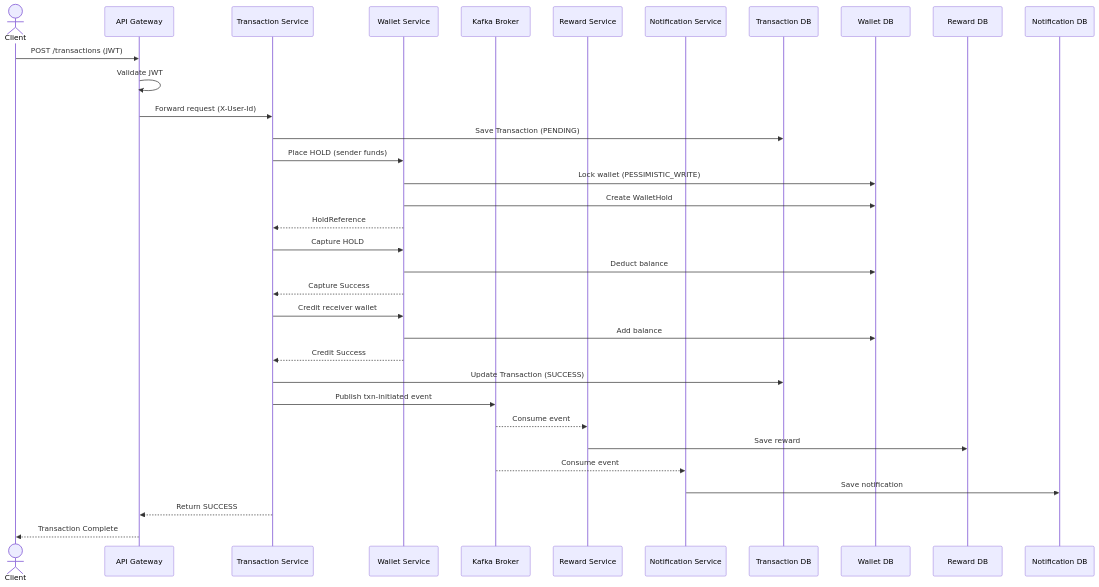
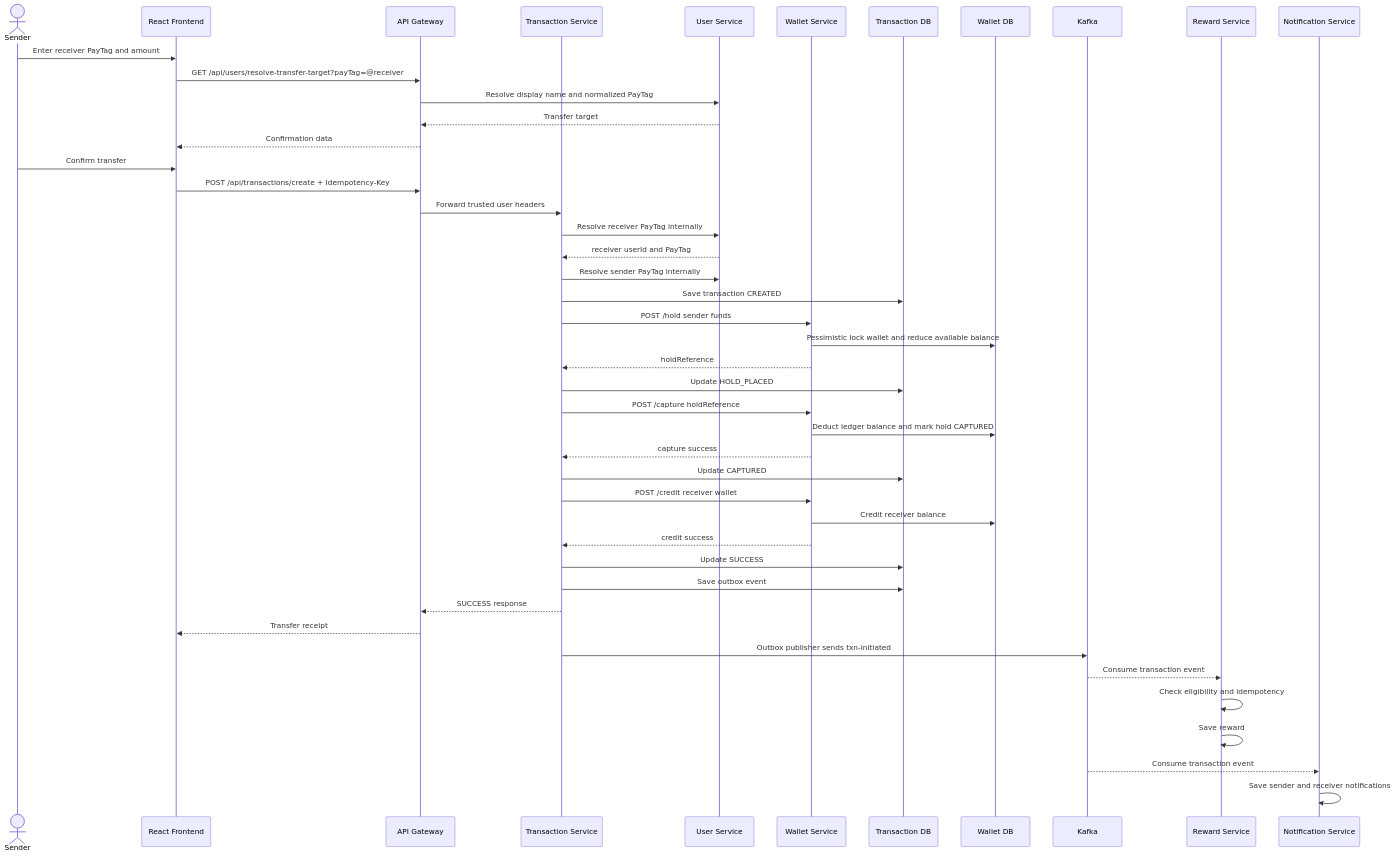
Before and after one commit to anirban-rudra/PayFlow: the third of 4 diagrams in Readme.md, drawn with Mermaid. The commit also changed other lines of this file and 8 other files, not shown here.

Commit message:
docs: add architecture and service documentation

````diff
--- a/Readme.md
+++ b/Readme.md
@@ -41,47 +119,53 @@
-``` mermaid
+```mermaid
 sequenceDiagram
+    actor Sender
+    participant UI as React Frontend
+    participant GW as API Gateway
+    participant TX as Transaction Service
+    participant US as User Service
+    participant WS as Wallet Service
+    participant TDB as Transaction DB
+    participant WDB as Wallet DB
+    participant Kafka
+    participant RS as Reward Service
+    participant NS as Notification Service
 
-actor Client
-participant Gateway as API Gateway
-participant Txn as Transaction Service
-participant Wallet as Wallet Service
-participant Kafka as Kafka Broker
-participant Reward as Reward Service
-participant Notify as Notification Service
-participant TxnDB as Transaction DB
-participant WalletDB as Wallet DB
-participant RewardDB as Reward DB
-participant NotifyDB as Notification DB
+    Sender->>UI: Enter receiver PayTag and amount
+    UI->>GW: GET /api/users/resolve-transfer-target?payTag=@receiver
+    GW->>US: Resolve display name and normalized PayTag
+    US-->>GW: Transfer target
+    GW-->>UI: Confirmation data
 
-Client->>Gateway: POST /transactions (JWT)
-Gateway->>Gateway: Validate JWT
-Gateway->>Txn: Forward request (X-User-Id)
+    Sender->>UI: Confirm transfer
+    UI->>GW: POST /api/transactions/create + Idempotency-Key
+    GW->>TX: Forward trusted user headers
+    TX->>US: Resolve receiver PayTag internally
+    US-->>TX: receiver userId and PayTag
+    TX->>US: Resolve sender PayTag internally
+    TX->>TDB: Save transaction CREATED
 
-Txn->>TxnDB: Save Transaction (PENDING)
+    TX->>WS: POST /hold sender funds
+    WS->>WDB: Pessimistic lock wallet and reduce available balance
+    WS-->>TX: holdReference
+    TX->>TDB: Update HOLD_PLACED
 
-Txn->>Wallet: Place HOLD (sender funds)
-Wallet->>WalletDB: Lock wallet (PESSIMISTIC_WRITE)
-Wallet->>WalletDB: Create WalletHold
-Wallet-->>Txn: HoldReference
+    TX->>WS: POST /capture holdReference
+    WS->>WDB: Deduct ledger balance and mark hold CAPTURED
+    WS-->>TX: capture success
+    TX->>TDB: Update CAPTURED
 
-Txn->>Wallet: Capture HOLD
-Wallet->>WalletDB: Deduct balance
-Wallet-->>Txn: Capture Success
+    TX->>WS: POST /credit receiver wallet
+    WS->>WDB: Credit receiver balance
+    WS-->>TX: credit success
+    TX->>TDB: Update SUCCESS
+    TX->>TDB: Save outbox event
+    TX-->>GW: SUCCESS response
+    GW-->>UI: Transfer receipt
 
-Txn->>Wallet: Credit receiver wallet
-Wallet->>WalletDB: Add balance
-Wallet-->>Txn: Credit Success
-
-Txn->>TxnDB: Update Transaction (SUCCESS)
-
-Txn->>Kafka: Publish txn-initiated event
-
-Kafka-->>Reward: Consume event
-Reward->>RewardDB: Save reward
-
-Kafka-->>Notify: Consume event
-Notify->>NotifyDB: Save notification
-
-Txn-->>Gateway: Return SUCCESS
-Gateway-->>Client: Transaction Complete
+    TX->>Kafka: Outbox publisher sends txn-initiated
+    Kafka-->>RS: Consume transaction event
+    RS->>RS: Check eligibility and idempotency
+    RS->>RS: Save reward
+    Kafka-->>NS: Consume transaction event
+    NS->>NS: Save sender and receiver notifications
 ```
````
